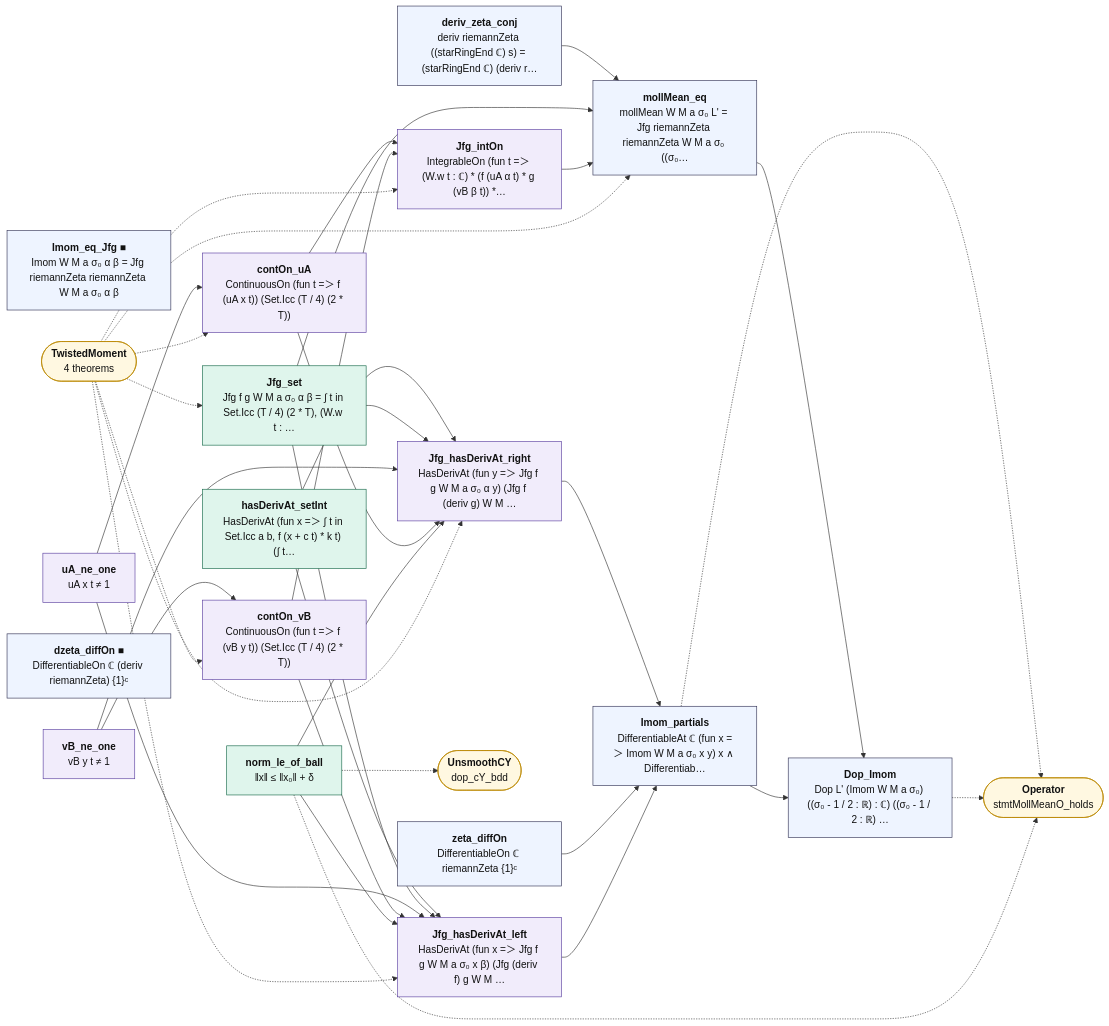
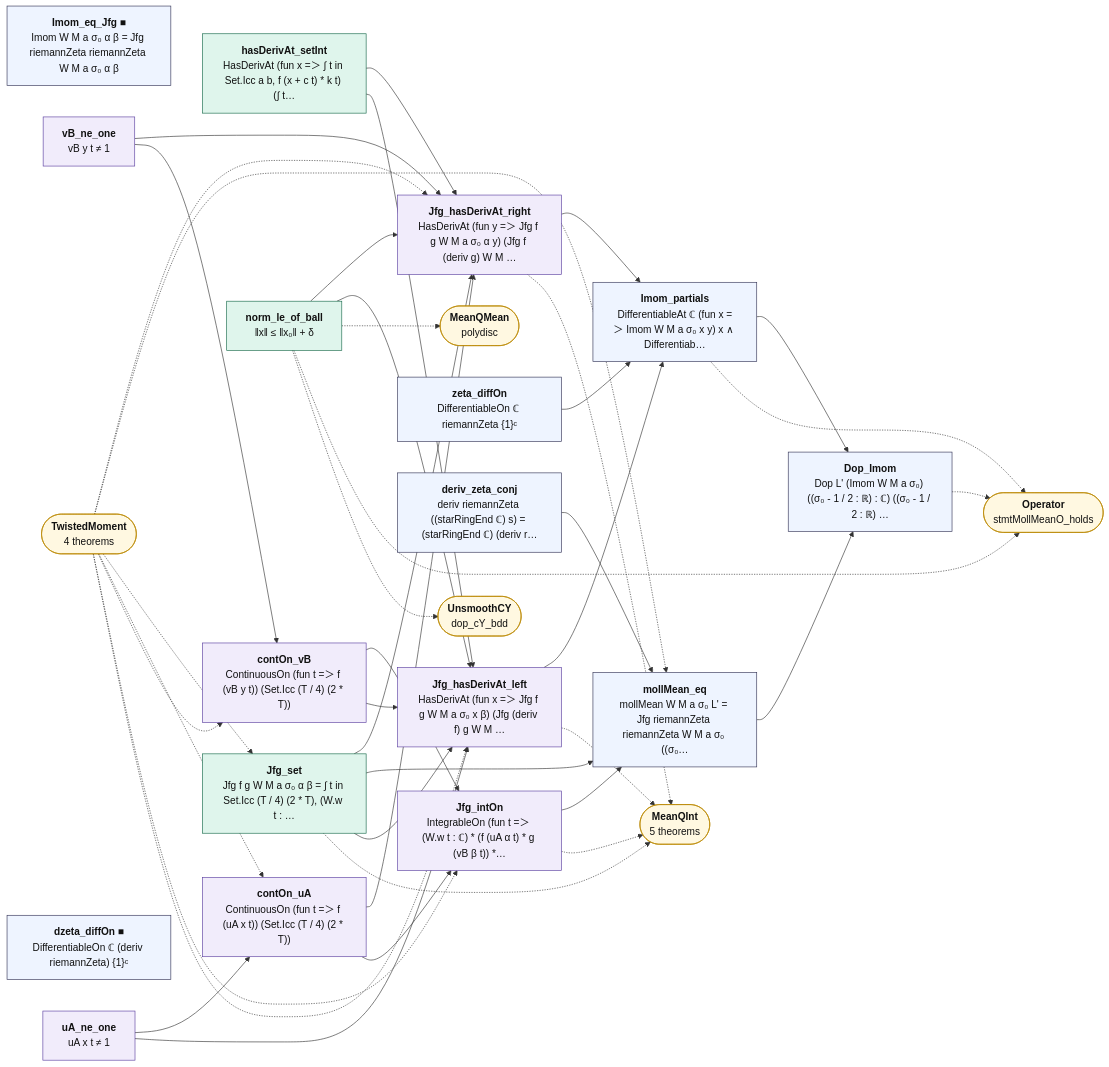
The diagram in map/lean_stage3/OperatorInt.md (juliansambranojr/Primebeat_081426), drawn with Mermaid before and after one commit. The commit also changed other lines of this file and 46 other files, not shown here.

````diff
--- a/map/lean_stage3/OperatorInt.md
+++ b/map/lean_stage3/OperatorInt.md
@@ -14,64 +14,71 @@
 ```mermaid
 flowchart LR
   n0["<b>hasDerivAt_setInt</b><br/>HasDerivAt (fun x =＞ ∫ t in Set.Icc a b, f (x + c t) * k t) (∫ t…"]:::cnt
   n1["<b>Imom_eq_Jfg ■</b><br/>Imom W M a σ₀ α β = Jfg riemannZeta riemannZeta W M a σ₀ α β"]:::thm
   n2["<b>Jfg_set</b><br/>Jfg f g W M a σ₀ α β = ∫ t in Set.Icc (T / 4) (2 * T), (W.w t : …"]:::cnt
   n3["<b>uA_ne_one</b><br/>uA x t ≠ 1"]:::shp
   n4["<b>vB_ne_one</b><br/>vB y t ≠ 1"]:::shp
   n5["<b>contOn_uA</b><br/>ContinuousOn (fun t =＞ f (uA x t)) (Set.Icc (T / 4) (2 * T))"]:::shp
   n6["<b>contOn_vB</b><br/>ContinuousOn (fun t =＞ f (vB y t)) (Set.Icc (T / 4) (2 * T))"]:::shp
   n7["<b>Jfg_intOn</b><br/>IntegrableOn (fun t =＞ (W.w t : ℂ) * (f (uA α t) * g (vB β t)) *…"]:::shp
   n8["<b>norm_le_of_ball</b><br/>‖x‖ ≤ ‖x₀‖ + δ"]:::cnt
   n9["<b>Jfg_hasDerivAt_left</b><br/>HasDerivAt (fun x =＞ Jfg f g W M a σ₀ x β) (Jfg (deriv f) g W M …"]:::shp
   n10["<b>Jfg_hasDerivAt_right</b><br/>HasDerivAt (fun y =＞ Jfg f g W M a σ₀ α y) (Jfg f (deriv g) W M …"]:::shp
   n11["<b>zeta_diffOn</b><br/>DifferentiableOn ℂ riemannZeta {1}ᶜ"]:::thm
   n12["<b>dzeta_diffOn ■</b><br/>DifferentiableOn ℂ (deriv riemannZeta) {1}ᶜ"]:::thm
   n13["<b>deriv_zeta_conj</b><br/>deriv riemannZeta ((starRingEnd ℂ) s) = (starRingEnd ℂ) (deriv r…"]:::thm
   n14["<b>mollMean_eq</b><br/>mollMean W M a σ₀ L' = Jfg riemannZeta riemannZeta W M a σ₀ ((σ₀…"]:::thm
   n15["<b>Imom_partials</b><br/>DifferentiableAt ℂ (fun x =＞ Imom W M a σ₀ x y) x ∧ Differentiab…"]:::thm
   n16["<b>Dop_Imom</b><br/>Dop L' (Imom W M a σ₀) ((σ₀ - 1 / 2 : ℝ) : ℂ) ((σ₀ - 1 / 2 : ℝ) …"]:::thm
   x0(["<b>TwistedMoment</b><br/>4 theorems"]):::ext
-  x1(["<b>Operator</b><br/>stmtMollMeanO_holds"]):::ext
-  x2(["<b>UnsmoothCY</b><br/>dop_cY_bdd"]):::ext
+  x1(["<b>MeanQInt</b><br/>5 theorems"]):::ext
+  x2(["<b>MeanQMean</b><br/>polydisc"]):::ext
+  x3(["<b>Operator</b><br/>stmtMollMeanO_holds"]):::ext
+  x4(["<b>UnsmoothCY</b><br/>dop_cY_bdd"]):::ext
   n0 --> n10
   n0 --> n9
   n10 --> n15
   n11 --> n15
   n13 --> n14
   n14 --> n16
   n15 --> n16
   n2 --> n10
   n2 --> n14
   n2 --> n9
   n3 --> n5
   n3 --> n9
   n4 --> n10
   n4 --> n6
   n5 --> n10
   n5 --> n7
   n6 --> n7
   n6 --> n9
   n7 --> n14
   n8 --> n10
   n8 --> n9
   n9 --> n15
-  n15 -.-> x1
-  n16 -.-> x1
-  n8 -.-> x1
+  n10 -.-> x1
+  n15 -.-> x3
+  n16 -.-> x3
+  n2 -.-> x1
+  n7 -.-> x1
   n8 -.-> x2
+  n8 -.-> x3
+  n8 -.-> x4
+  n9 -.-> x1
   x0 -.-> n10
   x0 -.-> n14
   x0 -.-> n2
   x0 -.-> n5
   x0 -.-> n6
   x0 -.-> n7
   x0 -.-> n9
   classDef cnt fill:#dff5ec,stroke:#17694a,color:#111
   classDef shp fill:#f1ecfb,stroke:#5b3fa0,color:#111
   classDef rh fill:#ffe5e5,stroke:#c22,color:#111,stroke-width:2px
   classDef thm fill:#eef4ff,stroke:#335,color:#111
   classDef end_ fill:#e7f7e7,stroke:#2a7,color:#111,stroke-width:2px
   classDef lone fill:#fff,stroke:#999,color:#111,stroke-dasharray:4 3
   classDef bad fill:#ffe5e5,stroke:#c22,color:#111,stroke-width:2px
   classDef ext fill:#fff8e1,stroke:#b80,color:#111
 ```
````
